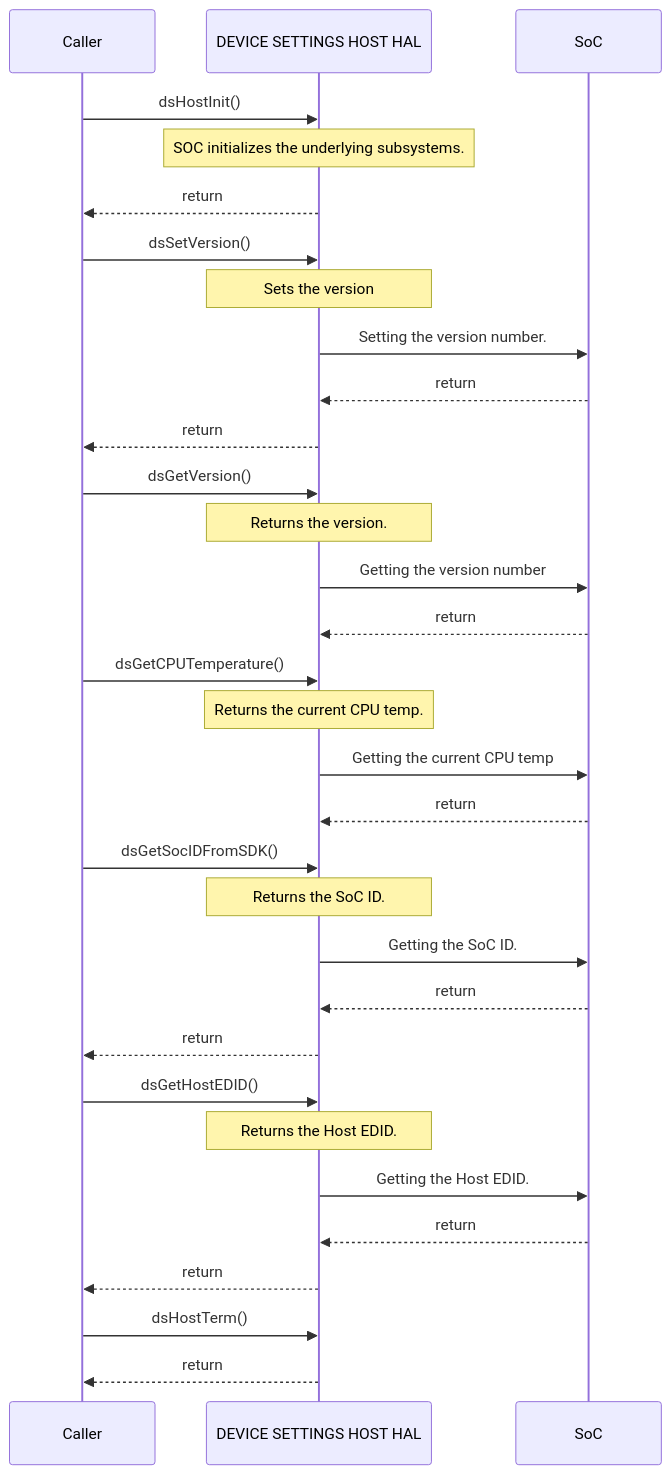
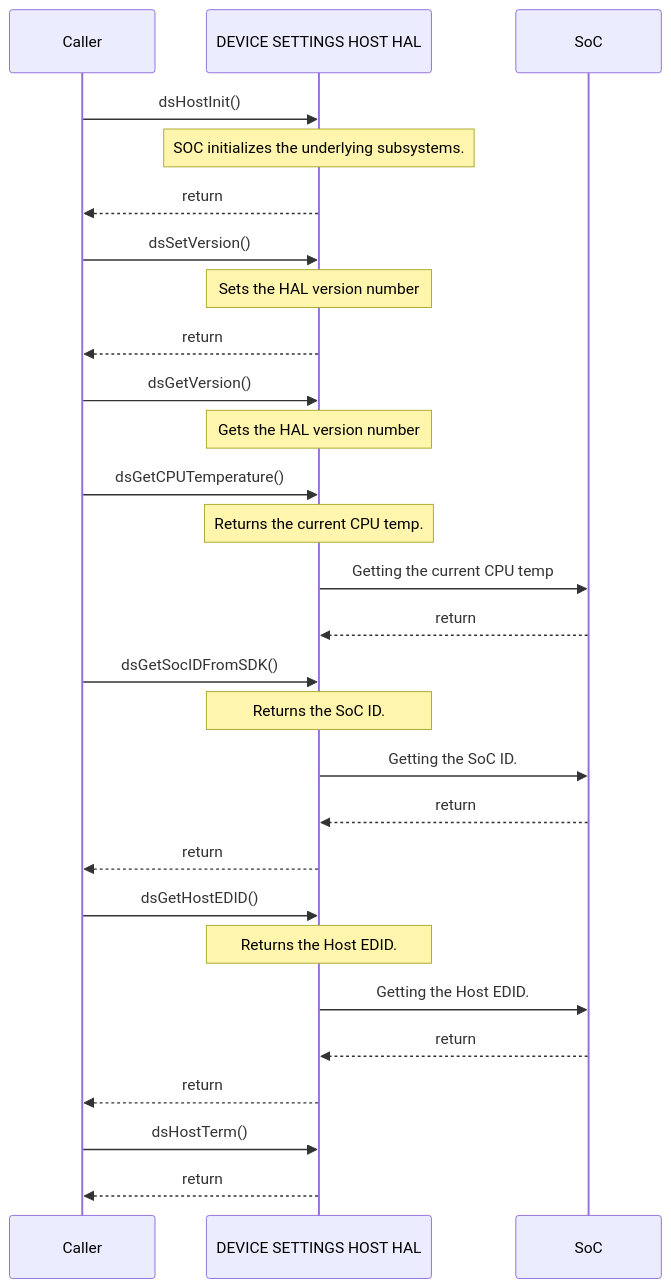
Before and after one commit to rdkcentral/rdk-halif-device_settings: the second of 2 diagrams in docs/pages/dsHost_halSpec.md, drawn with Mermaid. The commit also changed other lines of this file, not shown here.

Commit message:
RDK-36858 - Provide documentation for component "Devicesettings HAL"
Reason for change:
Updating the sequence diagram for the host_halspec documenation.
Test Procedure: None
Risks: Low
Priority: P1

````diff
--- a/docs/pages/dsHost_halSpec.md
+++ b/docs/pages/dsHost_halSpec.md
@@ -170,35 +168,31 @@
 ```mermaid
 %%{ init : { "theme" : "default", "flowchart" : { "curve" : "stepBefore" }}}%%
    sequenceDiagram
     participant Caller as Caller
     participant HAL as DEVICE SETTINGS HOST HAL
     participant Driver as SoC
     Caller->>HAL:dsHostInit()
     Note over HAL: SOC initializes the underlying subsystems.
     HAL-->>Caller:return
     Caller->>HAL:dsSetVersion()
-    Note over HAL: Sets the version
-    HAL->>Driver:Setting the version number.
-    Driver-->>HAL:return
+    Note over HAL: Sets the HAL version number
     HAL-->>Caller:return
     Caller->>HAL:dsGetVersion()
-    Note over HAL: Returns the version.
-    HAL->>Driver:Getting the version number
-    Driver-->>HAL:return
+    Note over HAL: Gets the HAL version number
     Caller->>HAL:dsGetCPUTemperature()
     Note over HAL: Returns the current CPU temp.
     HAL->>Driver:Getting the current CPU temp
     Driver-->>HAL:return
     Caller->>HAL:dsGetSocIDFromSDK()
     Note over HAL: Returns the SoC ID.
     HAL->>Driver:Getting the SoC ID.
     Driver-->>HAL:return
     HAL-->>Caller:return
     Caller->>HAL:dsGetHostEDID()
     Note over HAL: Returns the Host EDID.
     HAL->>Driver:Getting the Host EDID.
     Driver-->>HAL:return
     HAL-->>Caller:return
     Caller ->>HAL:dsHostTerm()
     HAL-->>Caller:return
  ```
````
